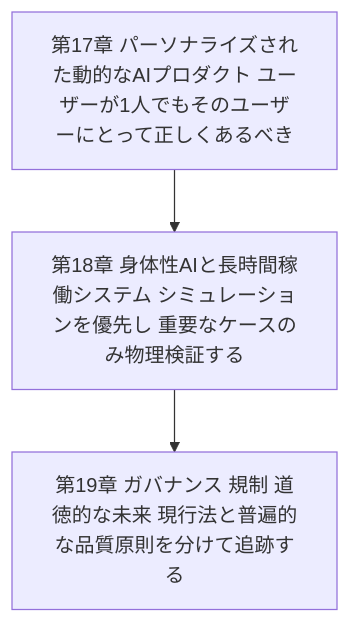
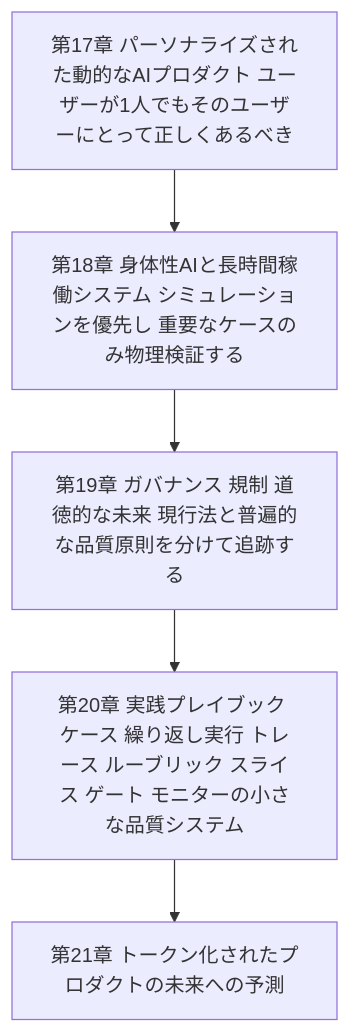
Before and after one commit to myoshi2891/Quality-Assurance-Studies: diagram 11 of 13 in Testing-ai-confidence-engineering-guide.md, drawn with Mermaid.

Commit message:
docs(books): add Chapter 20 and 21 to roadmap in Testing AI guide

````diff
--- a/Testing-ai-confidence-engineering-guide.md
+++ b/Testing-ai-confidence-engineering-guide.md
@@ -343,8 +343,10 @@
 ```mermaid
 flowchart TD
     P17["第17章 パーソナライズされた動的なAIプロダクト ユーザーが1人でもそのユーザーにとって正しくあるべき"]
     P18["第18章 身体性AIと長時間稼働システム シミュレーションを優先し 重要なケースのみ物理検証する"]
     P19["第19章 ガバナンス 規制 道徳的な未来 現行法と普遍的な品質原則を分けて追跡する"]
+    P20["第20章 実践プレイブック ケース 繰り返し実行 トレース ルーブリック スライス ゲート モニターの小さな品質システム"]
+    P21["第21章 トークン化されたプロダクトの未来への予測"]
 
-    P17 --> P18 --> P19
+    P17 --> P18 --> P19 --> P20 --> P21
 ```
````
